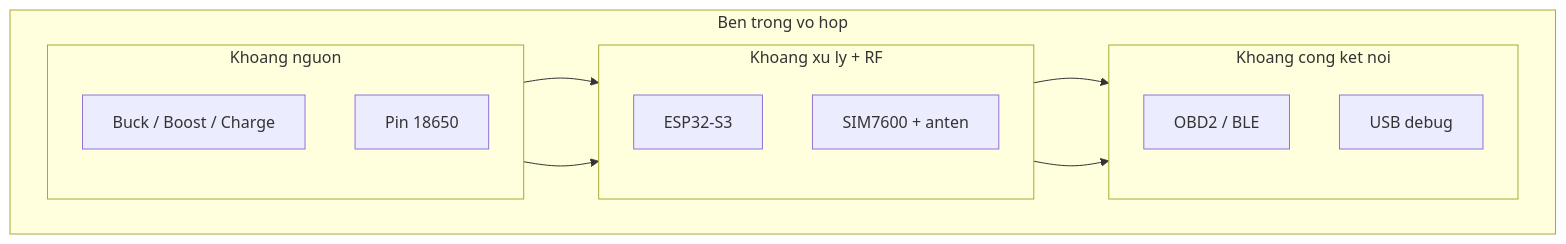
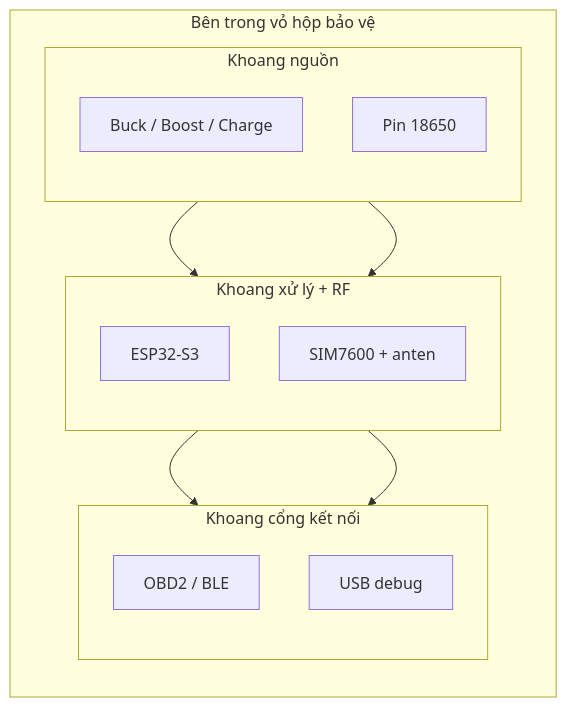
The diagram in resources/reports/thesis/final/assets/uml/07-chuong-4-trien-khai-hardware-hinh-4-11.mmd (anmh1205/IoT_Vehicle_Tracking_System), drawn with Mermaid before and after one commit. The commit also changed 135 other files, not shown here.

```diff
--- a/resources/reports/thesis/final/assets/uml/07-chuong-4-trien-khai-hardware-hinh-4-11.mmd
+++ b/resources/reports/thesis/final/assets/uml/07-chuong-4-trien-khai-hardware-hinh-4-11.mmd
@@ -1,27 +1,27 @@
-flowchart LR
-    subgraph Box["Ben trong vo hop"]
-        direction LR
+flowchart TB
+    subgraph Box["Bên trong vỏ hộp bảo vệ"]
+        direction TB
 
-        subgraph CoreZone["Khoang xu ly + RF"]
+        subgraph CoreZone["Khoang xử lý + RF"]
             direction TB
             MCU["ESP32-S3"]
             MODEM["SIM7600 + anten"]
         end
 
-        subgraph PowerZone["Khoang nguon"]
+        subgraph PowerZone["Khoang nguồn"]
             direction TB
             POWER["Buck / Boost / Charge"]
             CELL["Pin 18650"]
         end
 
-        subgraph IOZone["Khoang cong ket noi"]
+        subgraph IOZone["Khoang cổng kết nối"]
             direction TB
             OBD["OBD2 / BLE"]
             PORT["USB debug"]
         end
     end
 
     POWER --> MCU
     POWER --> MODEM
     MCU --> OBD
     MCU --> PORT
```
